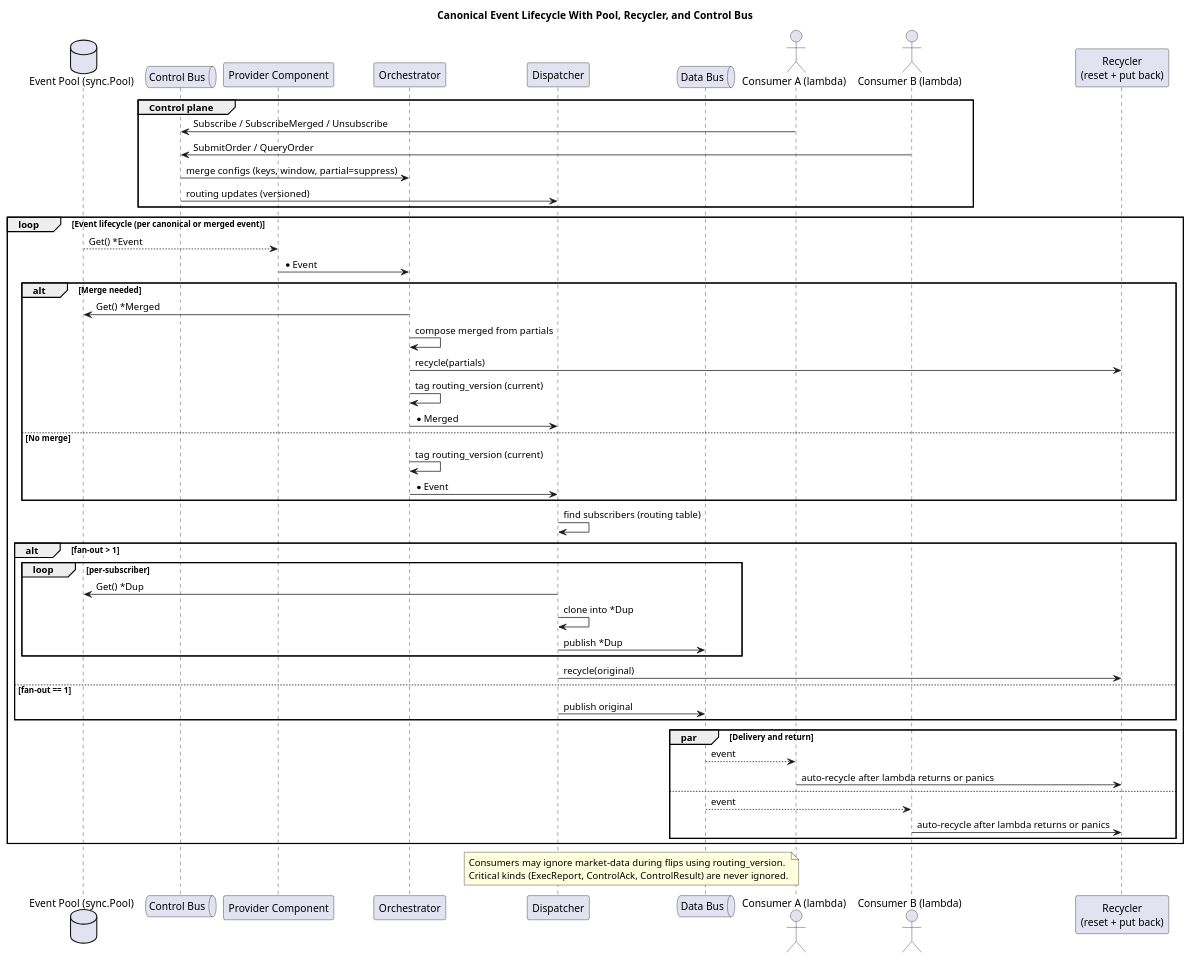
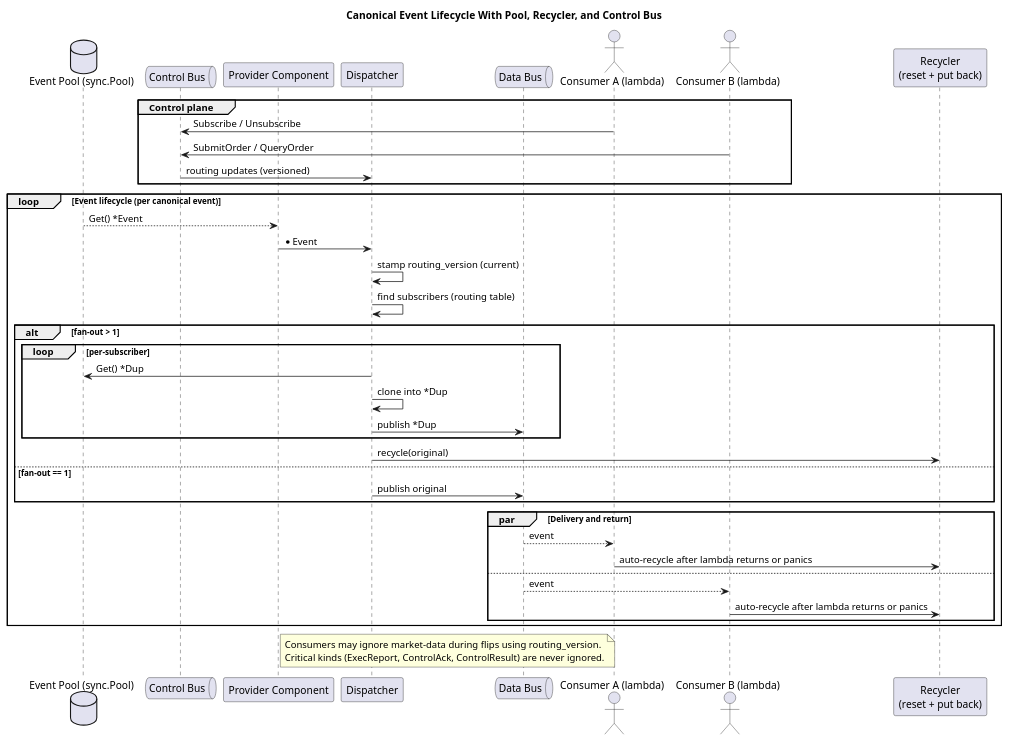
Before and after one commit to coachpo/meltica: the diagram in docs/diagrams/event-lifecycle-pooling.puml, drawn with PlantUML. The commit also changed 50 other files, not shown here.

Commit message:
refactor: delete Orchestrator because the order book merge will happen within the provider

```diff
--- a/docs/diagrams/event-lifecycle-pooling.puml
+++ b/docs/diagrams/event-lifecycle-pooling.puml
@@ -1,61 +1,49 @@
 @startuml
 title Canonical Event Lifecycle With Pool, Recycler, and Control Bus
 
 database "Event Pool (sync.Pool)" as Pool
 queue "Control Bus" as ControlBus
 participant "Provider Component" as Provider
-participant "Orchestrator" as Orchestrator
 participant "Dispatcher" as Dispatcher
 queue "Data Bus" as DataBus
 actor "Consumer A (lambda)" as CON_A
 actor "Consumer B (lambda)" as CON_B
 participant "Recycler\n(reset + put back)" as Recycler
 
 group Control plane
-  CON_A -> ControlBus : Subscribe / SubscribeMerged / Unsubscribe
+  CON_A -> ControlBus : Subscribe / Unsubscribe
   CON_B -> ControlBus : SubmitOrder / QueryOrder
-  ControlBus -> Orchestrator : merge configs (keys, window, partial=suppress)
   ControlBus -> Dispatcher : routing updates (versioned)
 end group
 
-loop Event lifecycle (per canonical or merged event)
+loop Event lifecycle (per canonical event)
   Pool --> Provider : Get() *Event
-  Provider -> Orchestrator : *Event
-
-  alt Merge needed
-    Orchestrator -> Pool : Get() *Merged
-    Orchestrator -> Orchestrator : compose merged from partials
-    Orchestrator -> Recycler : recycle(partials)
-    Orchestrator -> Orchestrator : tag routing_version (current)
-    Orchestrator -> Dispatcher : *Merged
-  else No merge
-    Orchestrator -> Orchestrator : tag routing_version (current)
-    Orchestrator -> Dispatcher : *Event
-  end
+  Provider -> Dispatcher : *Event
+  Dispatcher -> Dispatcher : stamp routing_version (current)
 
   Dispatcher -> Dispatcher : find subscribers (routing table)
   alt fan-out > 1
     loop per-subscriber
       Dispatcher -> Pool : Get() *Dup
       Dispatcher -> Dispatcher : clone into *Dup
       Dispatcher -> DataBus : publish *Dup
     end
     Dispatcher -> Recycler : recycle(original)
   else fan-out == 1
     Dispatcher -> DataBus : publish original
   end
 
   par Delivery and return
     DataBus --> CON_A : event
     CON_A -> Recycler : auto-recycle after lambda returns or panics
   else
     DataBus --> CON_B : event
     CON_B -> Recycler : auto-recycle after lambda returns or panics
   end
 end
 
 note over Dispatcher,DataBus
 Consumers may ignore market-data during flips using routing_version.
 Critical kinds (ExecReport, ControlAck, ControlResult) are never ignored.
 end note
 @enduml
```
